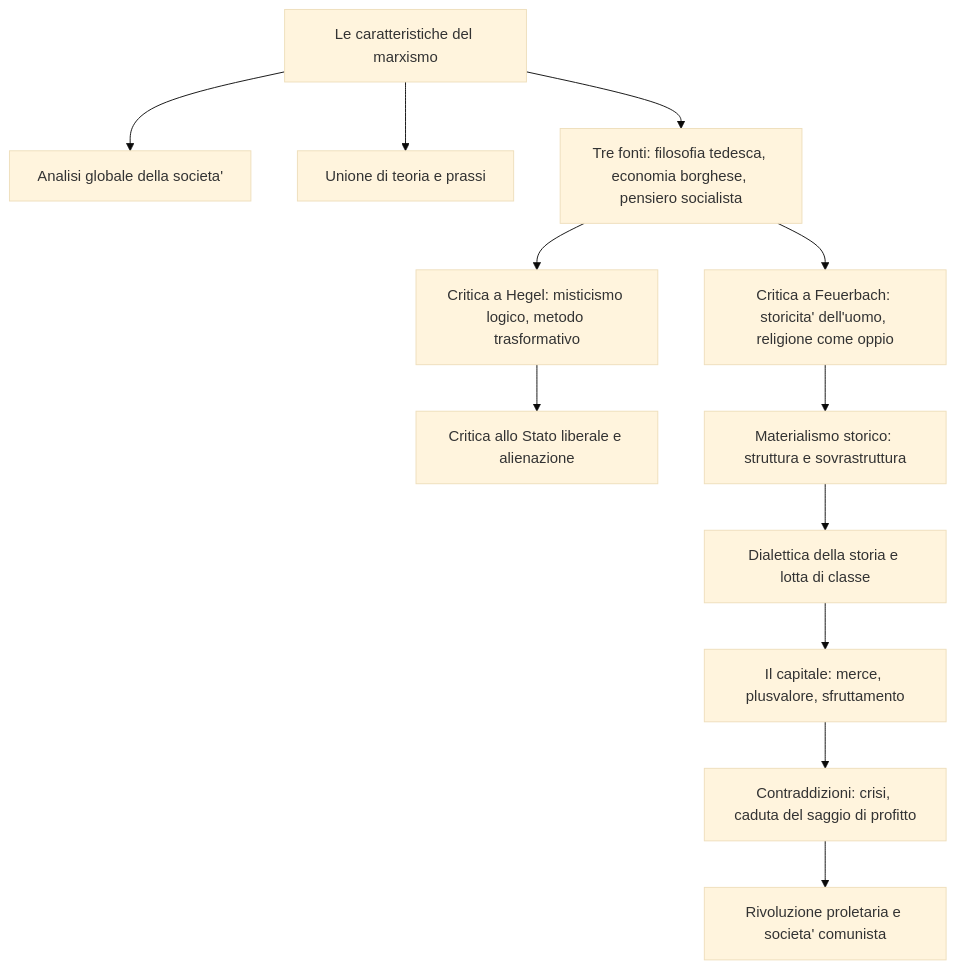
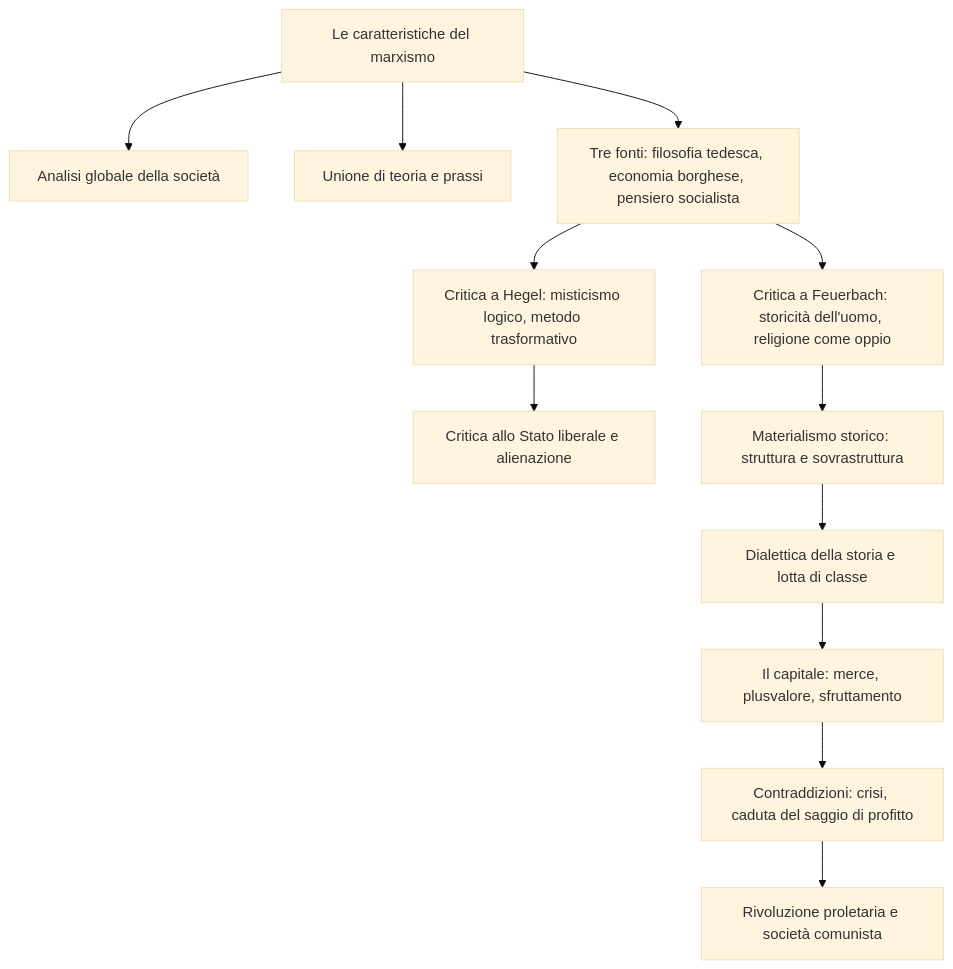
One commit to nadiadba/nadia-secondbrain changed the diagram in docs/filosofia/ottocento/marx.md. Above: the diagram before and after it, drawn with Mermaid (base theme). The commit also changed other lines of this file and 2 other files, not shown here.

````diff
--- a/docs/filosofia/ottocento/marx.md
+++ b/docs/filosofia/ottocento/marx.md
@@ -87,14 +87,14 @@
 ```mermaid
 flowchart TD
-    A["Le caratteristiche del marxismo"] --> B["Analisi globale della societa'"]
+    A["Le caratteristiche del marxismo"] --> B["Analisi globale della società"]
     A --> C["Unione di teoria e prassi"]
     A --> D["Tre fonti: filosofia tedesca, economia borghese, pensiero socialista"]
     D --> E["Critica a Hegel: misticismo logico, metodo trasformativo"]
-    D --> F["Critica a Feuerbach: storicita' dell'uomo, religione come oppio"]
+    D --> F["Critica a Feuerbach: storicità dell'uomo, religione come oppio"]
     E --> G["Critica allo Stato liberale e alienazione"]
     F --> I["Materialismo storico: struttura e sovrastruttura"]
     I --> L["Dialettica della storia e lotta di classe"]
     L --> M["Il capitale: merce, plusvalore, sfruttamento"]
     M --> N["Contraddizioni: crisi, caduta del saggio di profitto"]
-    N --> O["Rivoluzione proletaria e societa' comunista"]
+    N --> O["Rivoluzione proletaria e società comunista"]
 ```
````
